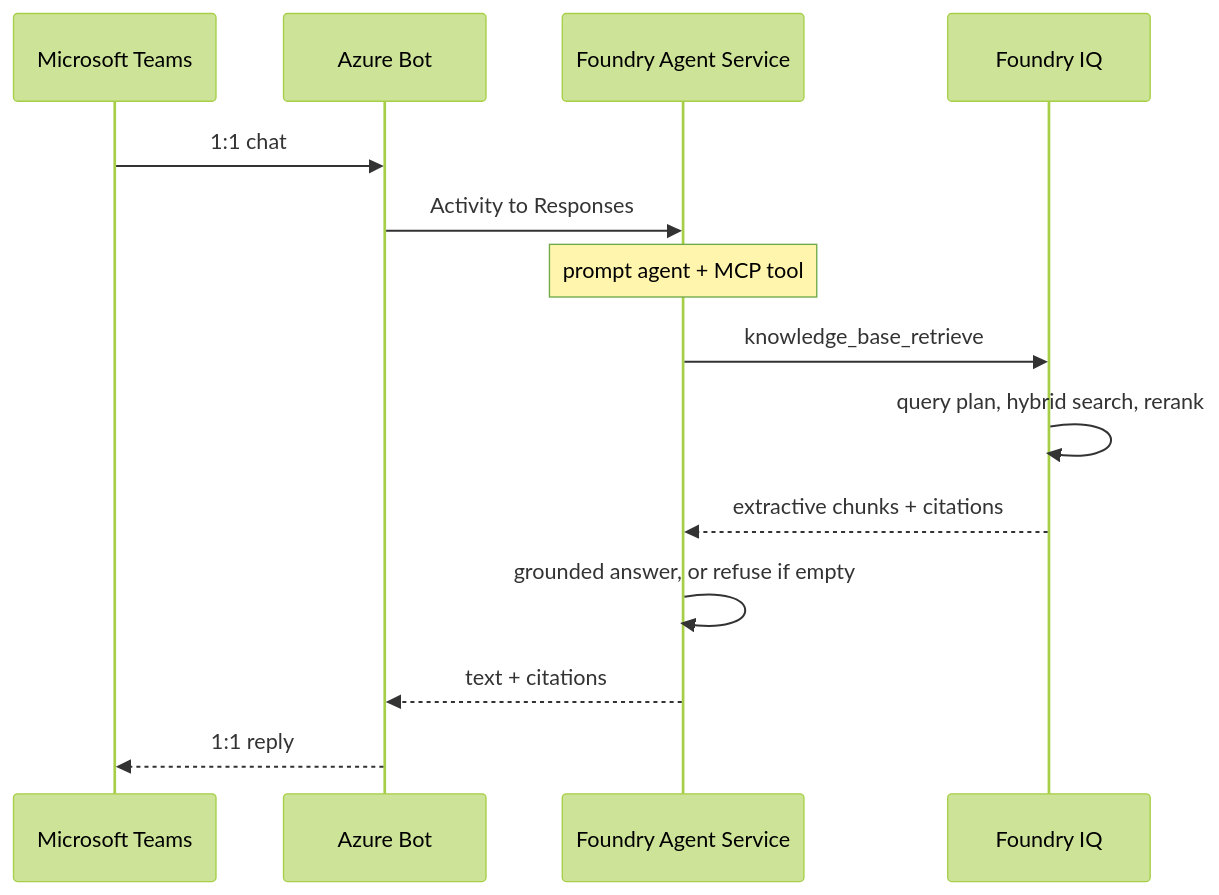
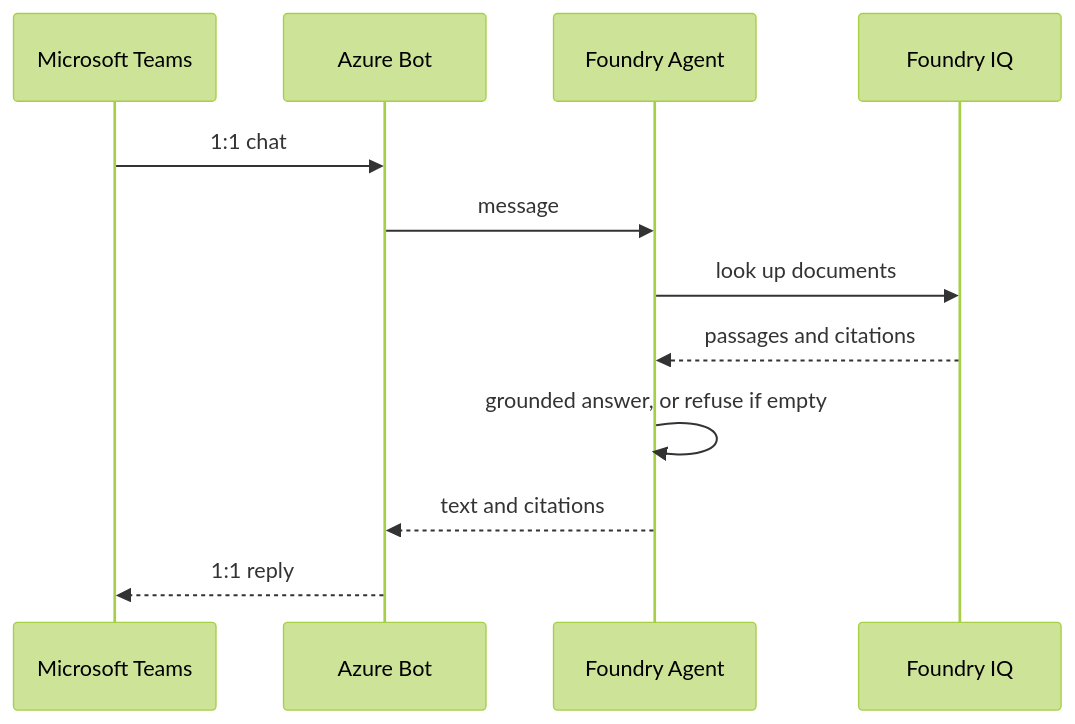
The second of 6 diagrams in README.md (kborovik/azure-ai-foundry), drawn with Mermaid (forest theme) before and after one commit. The commit also changed other lines of this file, not shown here.

Commit message:
docs: clarify architecture diagrams and terminology in README

````diff
--- a/README.md
+++ b/README.md
@@ -31,17 +30,15 @@
 ```mermaid
 sequenceDiagram
   participant U as Microsoft Teams
   participant BOT as Azure Bot
-  participant A as Foundry Agent Service
-  participant IQ as Foundry IQ
+  participant A as Foundry Agent
+  participant KB as Foundry IQ
 
   U->>BOT: 1:1 chat
-  BOT->>A: Activity to Responses
-  Note over A: prompt agent + MCP tool
-  A->>IQ: knowledge_base_retrieve
-  IQ->>IQ: query plan, hybrid search, rerank
-  IQ-->>A: extractive chunks + citations
+  BOT->>A: message
+  A->>KB: look up documents
+  KB-->>A: passages and citations
   A->>A: grounded answer, or refuse if empty
-  A-->>BOT: text + citations
+  A-->>BOT: text and citations
   BOT-->>U: 1:1 reply
 ```
````
